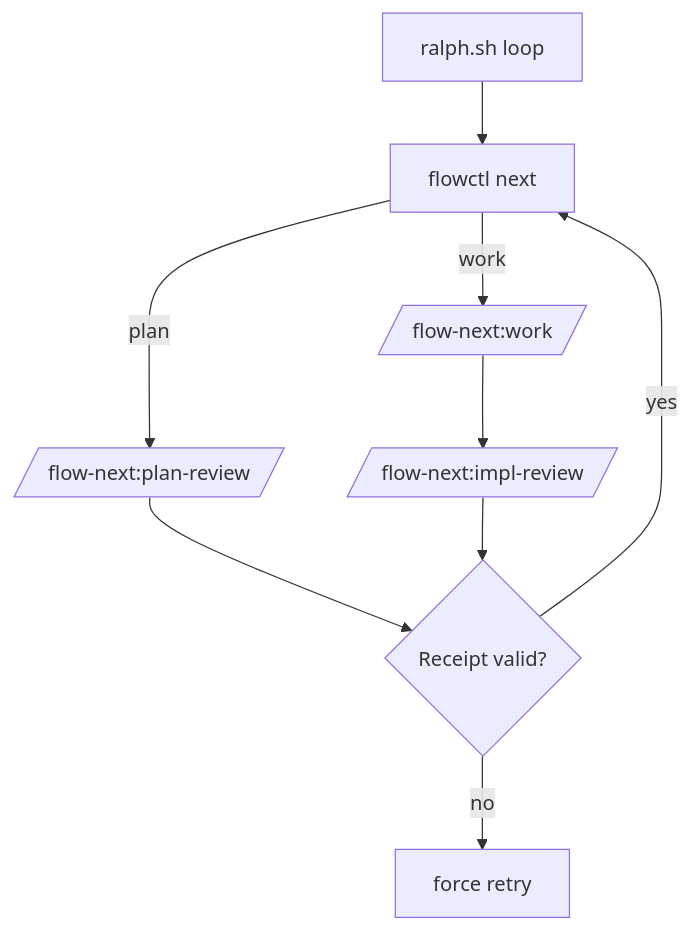
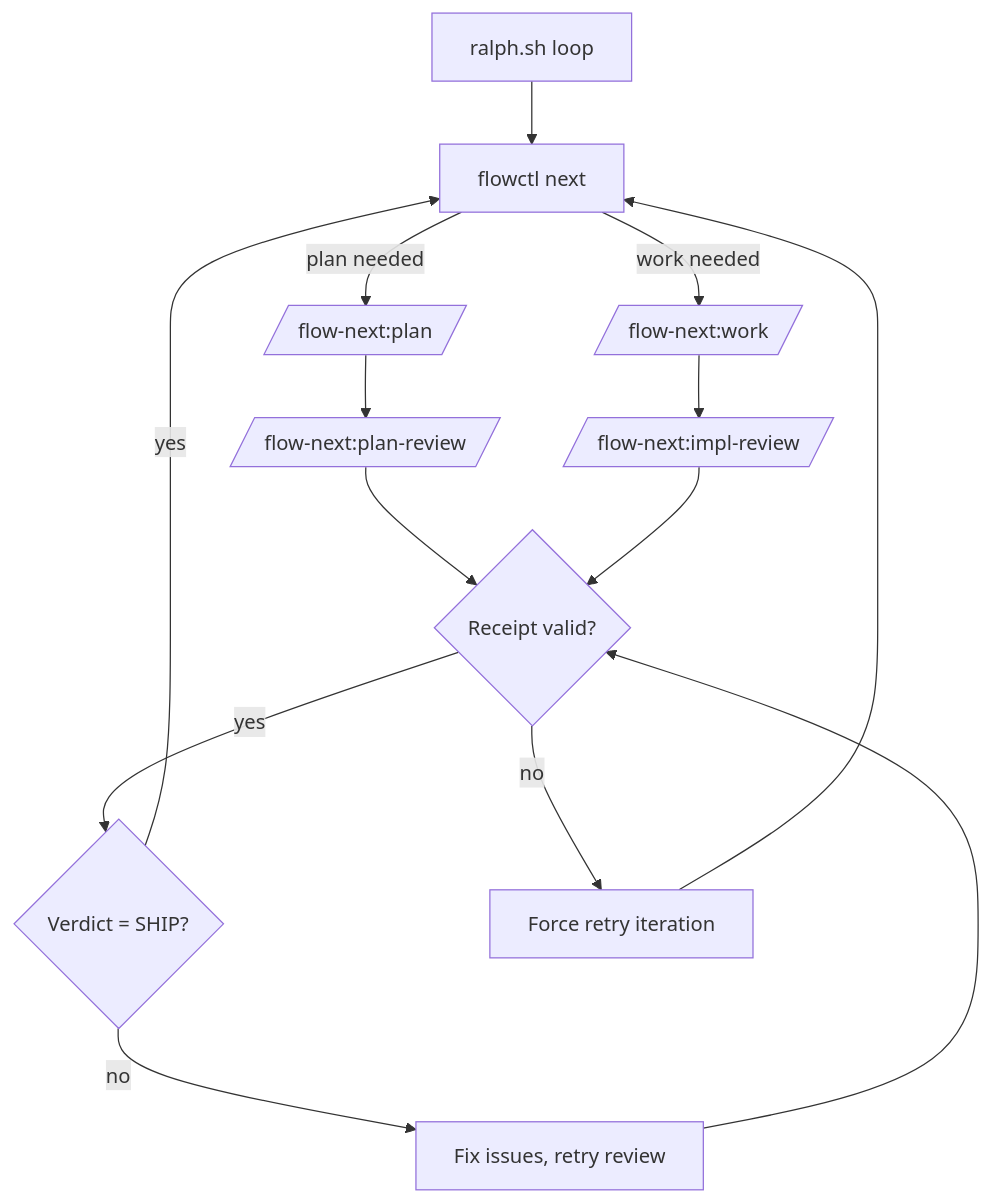
One commit to Ranudar/flow-next-mcp changed the diagram in plugins/flow-next/docs/ralph.md. Above: the diagram before and after it, drawn with Mermaid. The commit also changed other lines of this file and 1 other file, not shown here.

First line of the commit message:
docs(flow-next): rewrite ralph.md, move Ralph up in README

````diff
--- a/plugins/flow-next/docs/ralph.md
+++ b/plugins/flow-next/docs/ralph.md
@@ -27,11 +62,16 @@
 ```mermaid
 flowchart TD
   A[ralph.sh loop] --> B[flowctl next]
-  B -->|plan| C[/flow-next:plan-review/]
-  B -->|work| D[/flow-next:work/]
-  D --> E[/flow-next:impl-review/]
-  C --> F{Receipt valid?}
-  E --> F
-  F -- yes --> B
-  F -- no --> G[force retry]
+  B -->|plan needed| C[/flow-next:plan/]
+  C --> D[/flow-next:plan-review/]
+  B -->|work needed| E[/flow-next:work/]
+  E --> F[/flow-next:impl-review/]
+  D --> G{Receipt valid?}
+  F --> G
+  G -- yes --> H{Verdict = SHIP?}
+  H -- yes --> B
+  H -- no --> I[Fix issues, retry review]
+  I --> G
+  G -- no --> J[Force retry iteration]
+  J --> B
 ```
````
